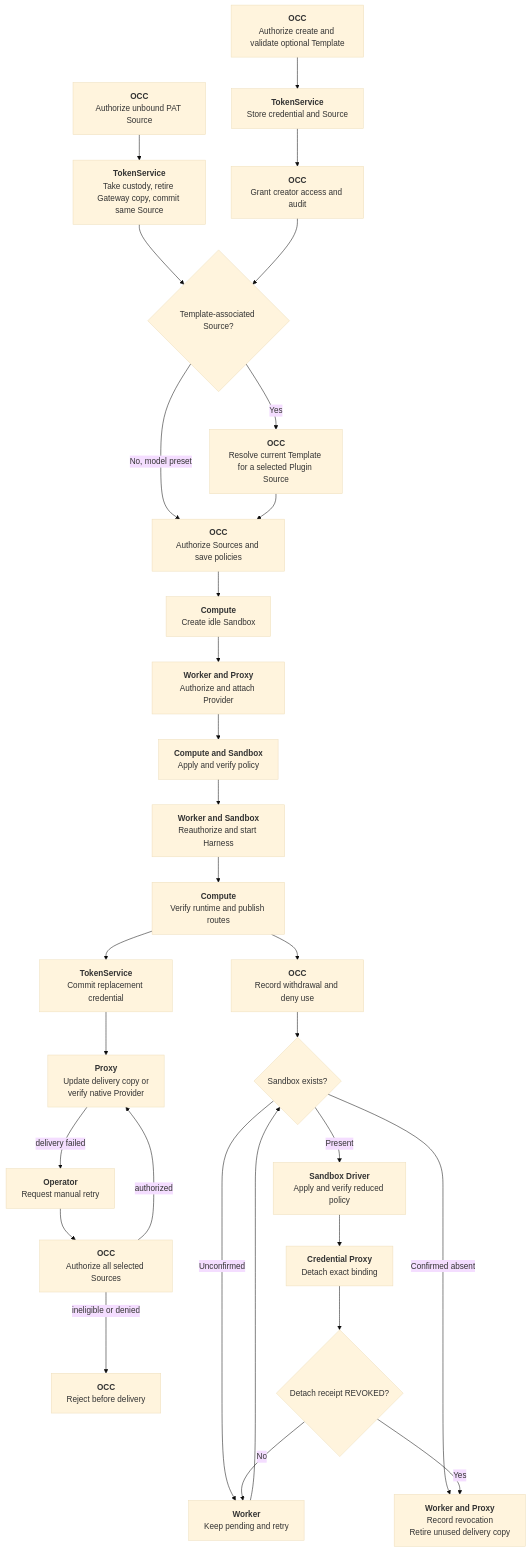
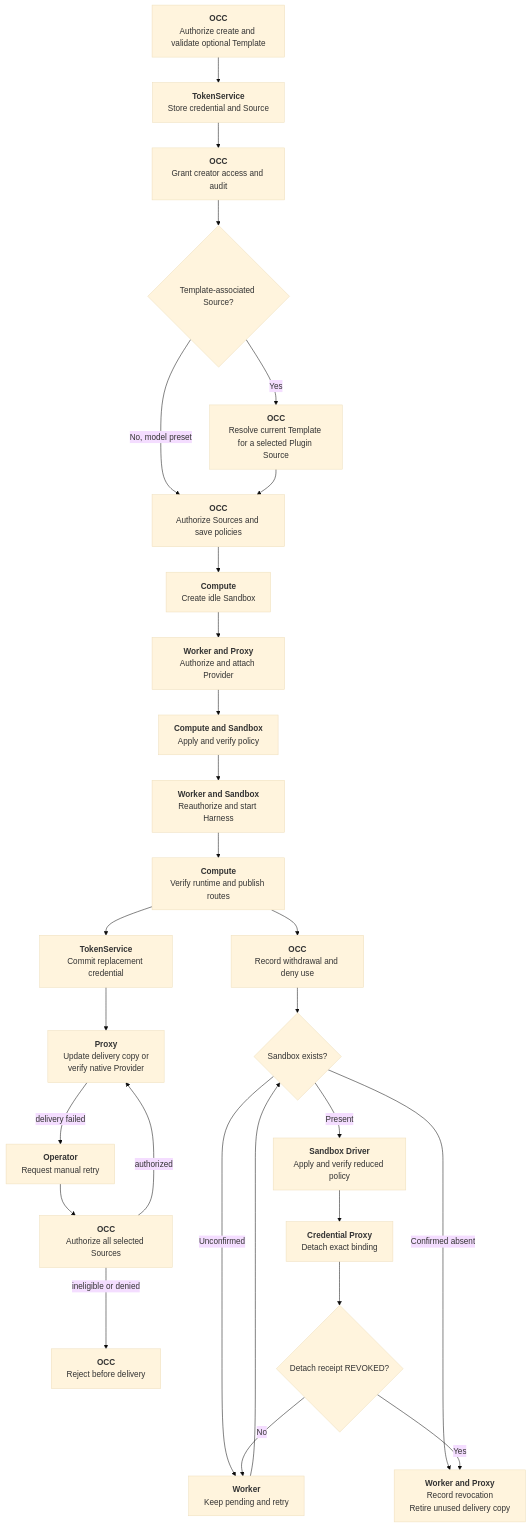
One commit to openclaw/openclaw-enterprise changed the diagram in docs/flows/credential-source-lifecycle.md. Above: the diagram before and after it, drawn with Mermaid (base theme). The commit also changed other lines of this file and 166 other files, not shown here.

Commit message:
Complete direct TokenService cutover and credential lifecycle checks

````diff
--- a/docs/flows/credential-source-lifecycle.md
+++ b/docs/flows/credential-source-lifecycle.md
@@ -23,32 +23,30 @@
 ```mermaid
 graph TD
   Select["<b>OCC</b><br/>Authorize create and validate optional Template"] --> Register["<b>TokenService</b><br/>Store credential and Source"]
   Register --> Associate["<b>OCC</b><br/>Grant creator access and audit"]
-  Adopt["<b>OCC</b><br/>Authorize unbound PAT Source"] --> Transfer["<b>TokenService</b><br/>Take custody, retire Gateway copy, commit same Source"]
-  Transfer --> Kind
   Associate --> Kind{"Template-associated Source?"}
   Kind -->|Yes| Discover["<b>OCC</b><br/>Resolve current Template for a selected Plugin Source"]
   Kind -->|No, model preset| Admit["<b>OCC</b><br/>Authorize Sources and save policies"]
   Discover --> Admit
   Admit --> Target["<b>Compute</b><br/>Create idle Sandbox"]
   Target --> Delivery["<b>Worker and Proxy</b><br/>Authorize and attach Provider"]
   Delivery --> Ready["<b>Compute and Sandbox</b><br/>Apply and verify policy"]
   Ready --> Activate["<b>Worker and Sandbox</b><br/>Reauthorize and start Harness"]
   Activate --> Traffic["<b>Compute</b><br/>Verify runtime and publish routes"]
   Traffic --> Update["<b>TokenService</b><br/>Commit replacement credential"]
   Update --> Notify["<b>Proxy</b><br/>Update delivery copy or<br/>verify native Provider"]
   Notify -->|delivery failed| Retry["<b>Operator</b><br/>Request manual retry"]
   Retry --> Preflight["<b>OCC</b><br/>Authorize all selected Sources"]
   Preflight -->|authorized| Notify
   Preflight -->|ineligible or denied| Reject["<b>OCC</b><br/>Reject before delivery"]
   Traffic --> Deny["<b>OCC</b><br/>Record withdrawal and deny use"]
   Deny --> WithdrawalTarget{"Sandbox exists?"}
   WithdrawalTarget -->|Present| Policy["<b>Sandbox Driver</b><br/>Apply and verify reduced policy"]
   WithdrawalTarget -->|Confirmed absent| Complete
   WithdrawalTarget -->|Unconfirmed| Pending
   Policy --> Detach["<b>Credential Proxy</b><br/>Detach exact binding"]
   Detach --> Receipt{"Detach receipt REVOKED?"}
   Receipt -->|No| Pending["<b>Worker</b><br/>Keep pending and retry"]
   Pending --> WithdrawalTarget
   Receipt -->|Yes| Complete["<b>Worker and Proxy</b><br/>Record revocation<br/>Retire unused delivery copy"]
 ```
````
